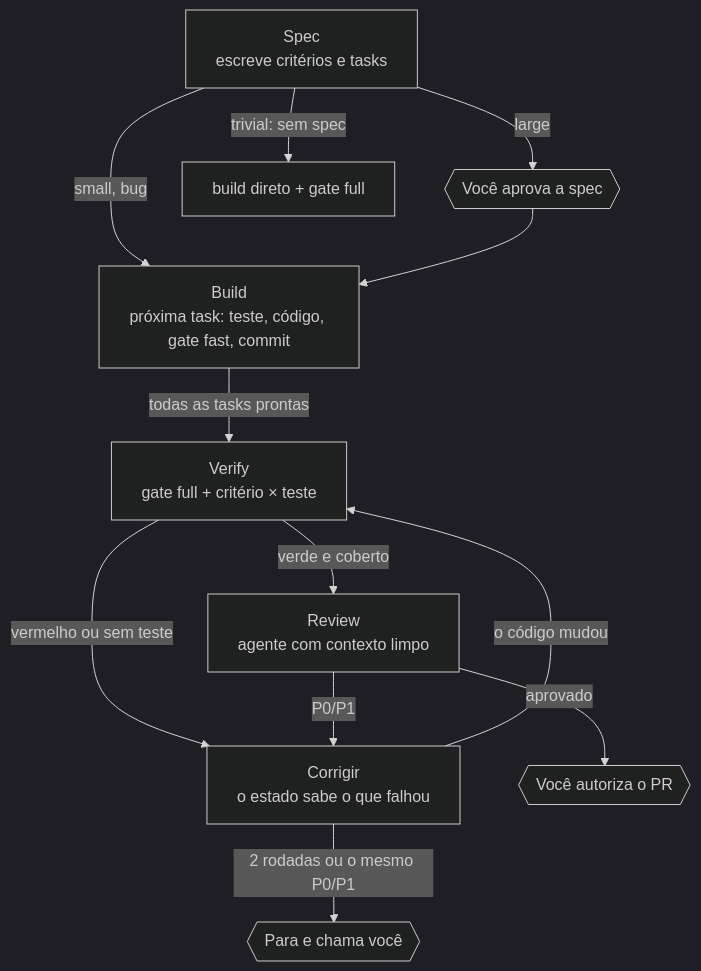
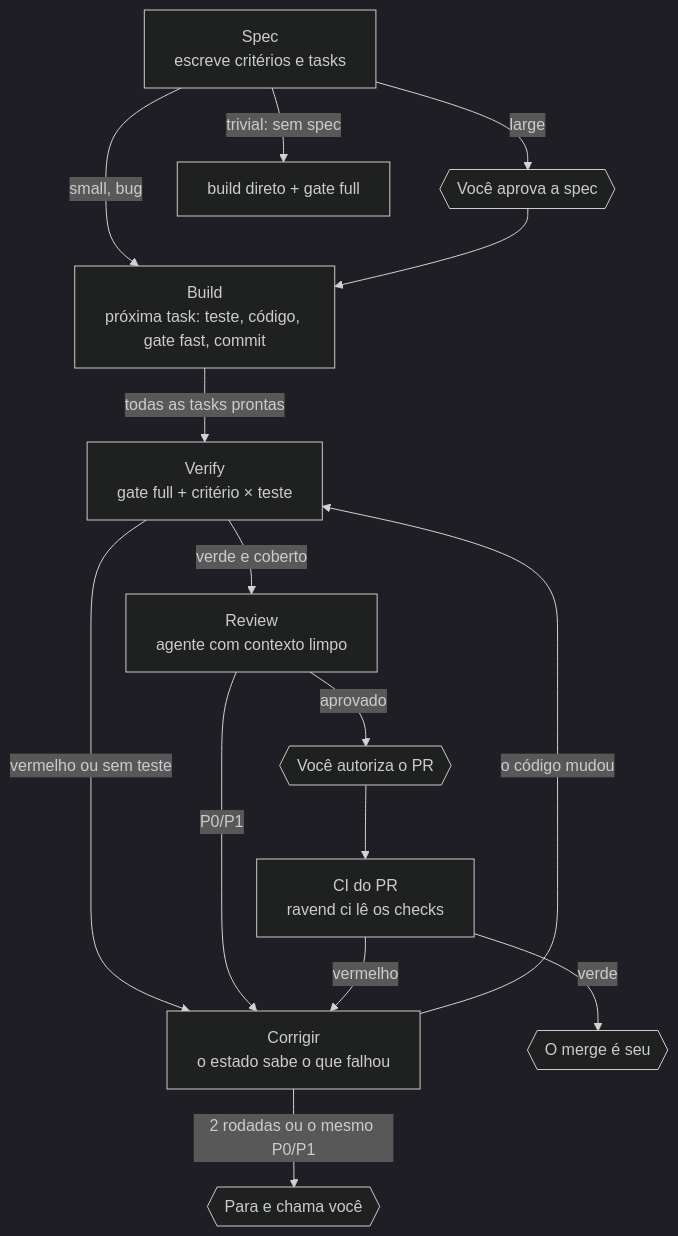
One commit to ferreiravpl/ravend changed the second of 2 diagrams in docs/ARCHITECTURE.md. Above: the diagram before and after it, drawn with Mermaid (dark theme). The commit also changed other lines of this file and 6 other files, not shown here.

First line of the commit message:
docs: README e ARCHITECTURE com CI do PR, áreas de risco e guarda; eval de lente de risco; versão 0.4.0

````diff
--- a/docs/ARCHITECTURE.md
+++ b/docs/ARCHITECTURE.md
@@ -115,14 +117,17 @@
 ```mermaid
 flowchart TD
   S["Spec<br/>escreve critérios e tasks"] -->|"small, bug"| B
   S -->|"large"| A{{"Você aprova a spec"}}
   S -->|"trivial: sem spec"| T["build direto + gate full"]
   A --> B["Build<br/>próxima task: teste, código, gate fast, commit"]
   B -->|"todas as tasks prontas"| V["Verify<br/>gate full + critério × teste"]
   V -->|"vermelho ou sem teste"| F["Corrigir<br/>o estado sabe o que falhou"]
   V -->|"verde e coberto"| R["Review<br/>agente com contexto limpo"]
   R -->|"P0/P1"| F
   F -->|"o código mudou"| V
   F -->|"2 rodadas ou o mesmo P0/P1"| H{{"Para e chama você"}}
   R -->|"aprovado"| P{{"Você autoriza o PR"}}
+  P --> C["CI do PR<br/>ravend ci lê os checks"]
+  C -->|"vermelho"| F
+  C -->|"verde"| M{{"O merge é seu"}}
 ```
````
